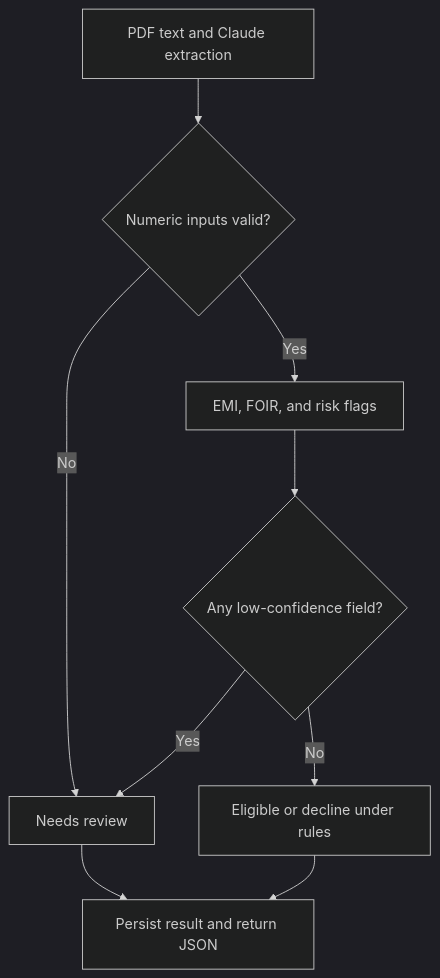
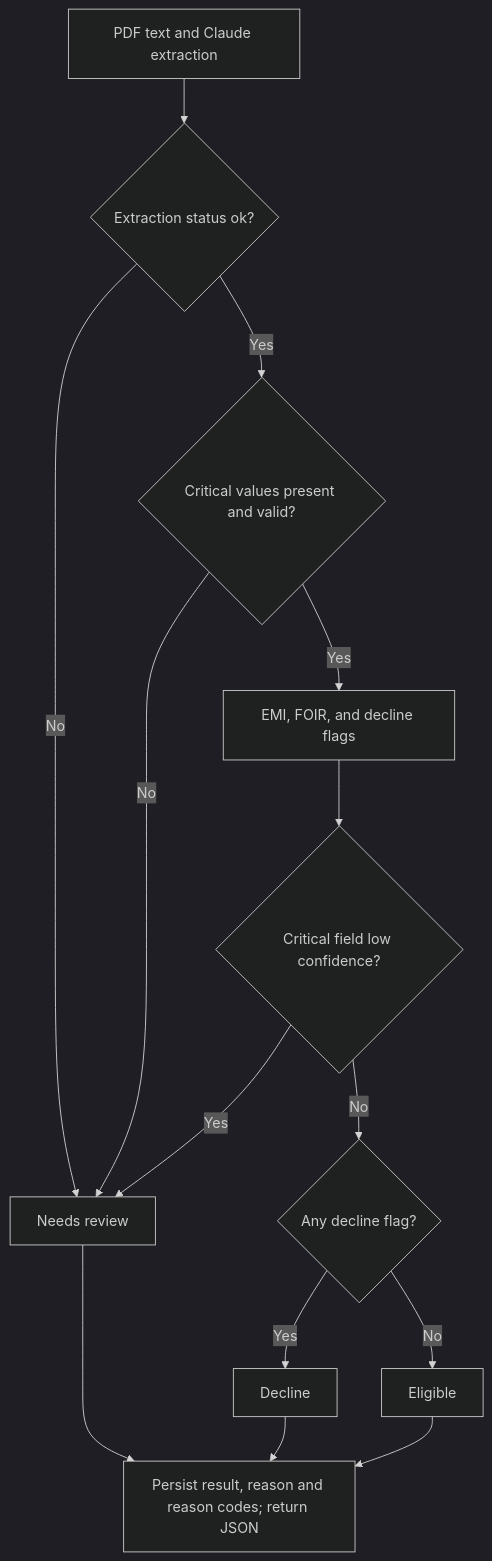
The diagram in README.md (Rushabh-15/LoanLens), drawn with Mermaid (dark theme) before and after one commit. The commit also changed other lines of this file and 1 other file, not shown here.

Commit message:
Document decision precedence, critical fields and B2 behaviour changes

````diff
--- a/README.md
+++ b/README.md
@@ -19,11 +19,16 @@
 ```mermaid
 flowchart TD
-    A["PDF text and Claude extraction"] --> B{"Numeric inputs valid?"}
+    A["PDF text and Claude extraction"] --> B{"Extraction status ok?"}
     B -->|No| R["Needs review"]
-    B -->|Yes| C["EMI, FOIR, and risk flags"]
-    C --> D{"Any low-confidence field?"}
-    D -->|Yes| R
-    D -->|No| E["Eligible or decline under rules"]
-    R --> F["Persist result and return JSON"]
-    E --> F
+    B -->|Yes| C{"Critical values present and valid?"}
+    C -->|No| R
+    C -->|Yes| D["EMI, FOIR, and decline flags"]
+    D --> E{"Critical field low confidence?"}
+    E -->|Yes| R
+    E -->|No| G{"Any decline flag?"}
+    G -->|Yes| X["Decline"]
+    G -->|No| Y["Eligible"]
+    R --> F["Persist result, reason and reason codes; return JSON"]
+    X --> F
+    Y --> F
 ```
````
